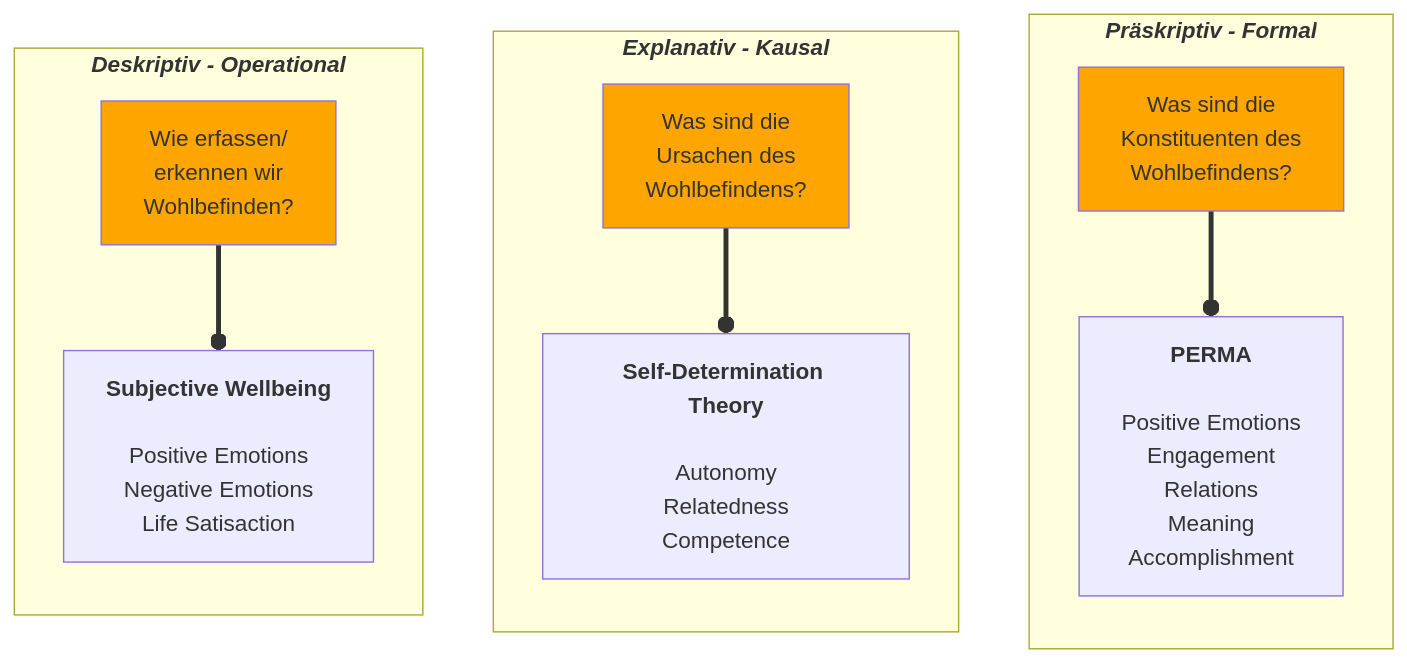
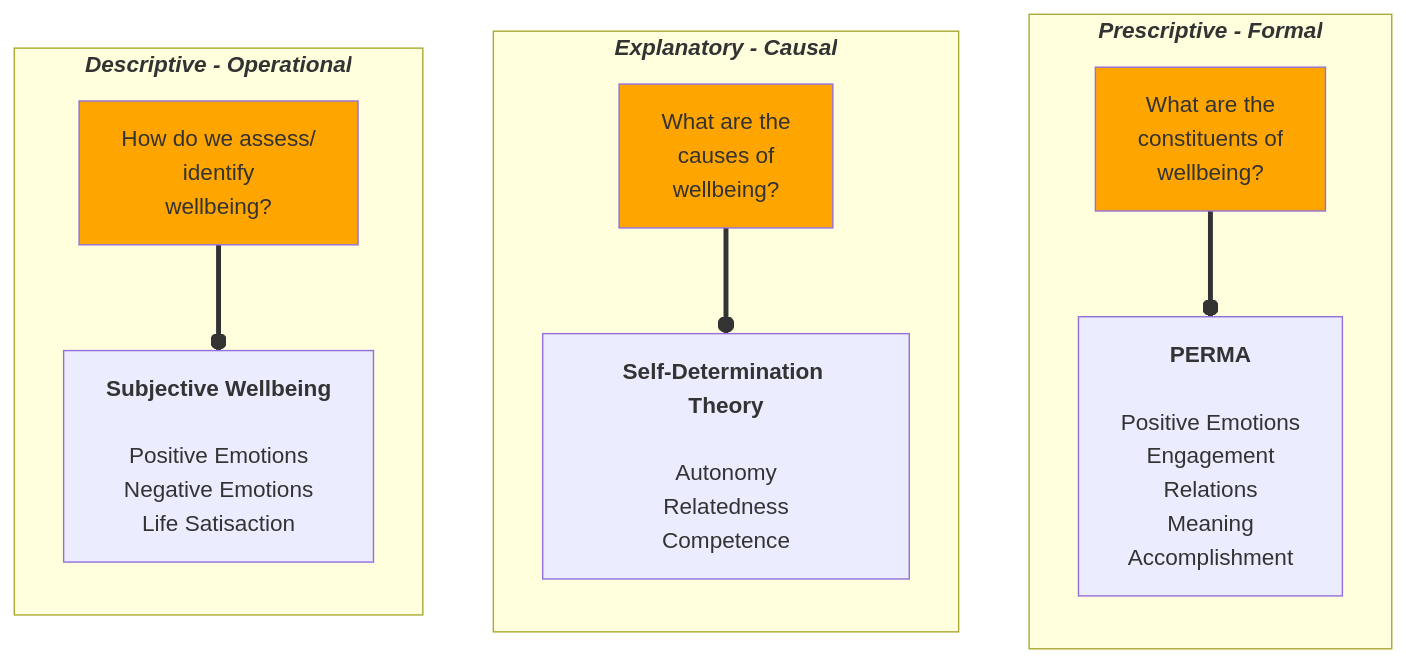
One commit to jazznbass/homepage changed the first of 2 diagrams in posts/2026-02-21-wellbeing-study-design/index.qmd. Above: the diagram before and after it, drawn with Mermaid. The commit also changed other lines of this file and 3 other files, not shown here.

````diff
--- a/posts/2026-02-21-wellbeing-study-design/index.qmd
+++ b/posts/2026-02-21-wellbeing-study-design/index.qmd
@@ -22,43 +22,45 @@
 ```{mermaid}
+
 flowchart TB
-    A2[Was sind die
-    Konstituenten des 
-    Wohlbefindens?]
+    A2[What are the
+    constituents of 
+    wellbeing?]
     A3["`**PERMA**<br>
     Positive Emotions
     Engagement
     Relations
     Meaning
     Accomplishment`"]
     
-    B2[Was sind die 
-    Ursachen des 
-    Wohlbefindens?]
+    B2[What are the 
+    causes of 
+    wellbeing?]
     B3["`**Self-Determination Theory**<br>
     Autonomy
     Relatedness
     Competence`"]
 
-    C2[Wie erfassen/ 
-    erkennen wir 
-    Wohlbefinden?]
+    C2[How do we assess/ 
+    identify 
+    wellbeing?]
     C3["`**Subjective Wellbeing**<br>
     Positive Emotions
     Negative Emotions
     Life Satisaction`"]
 
-    subgraph "`***Präskriptiv - Formal***`"
+    subgraph "`***Prescriptive - Formal***`"
     direction TB
     A2:::orange ==o A3
     end
-    subgraph "`***Explanativ - Kausal***`"
+    subgraph "`***Explanatory - Causal***`"
     direction TB
     B2:::orange ==o B3
     end
-    subgraph "`***Deskriptiv - Operational***`"
+    subgraph "`***Descriptive - Operational***`"
     direction TB
     C2:::orange ==o C3
     end
     
     classDef orange fill: orange
-```
+
+```    
````
